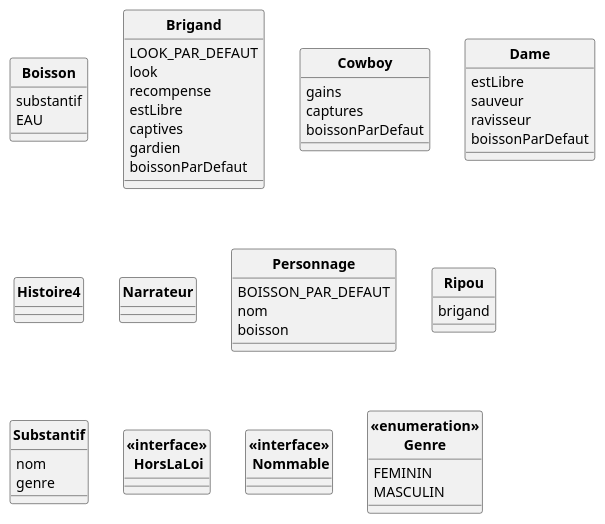
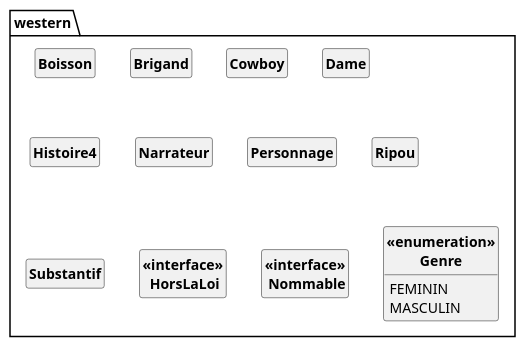
One commit to Lykomonix/API-JAVAtoPUML changed the diagram in javadoc.puml. Above: the diagram before and after it, drawn with PlantUML. The commit also changed 4 other files, not shown here.

```diff
--- a/javadoc.puml
+++ b/javadoc.puml
@@ -1,74 +1,37 @@
 @startuml
 
 skinparam style strictuml
 skinparam classAttributeIconSize 0
 skinparam classFontStyle Bold
+hide empty members
 
+Package "western" {
 class Boisson
-{
-substantif
-EAU
-}
 
 class Brigand
-{
-LOOK_PAR_DEFAUT
-look
-recompense
-estLibre
-captives
-gardien
-boissonParDefaut
-}
 
 class Cowboy
-{
-gains
-captures
-boissonParDefaut
-}
 
 class Dame
-{
-estLibre
-sauveur
-ravisseur
-boissonParDefaut
-}
 
 class Histoire4
-{
-}
 
 class Narrateur
-{
-}
 
 class Personnage
-{
-BOISSON_PAR_DEFAUT
-nom
-boisson
-}
 
 class Ripou
-{
-brigand
-}
 
 class Substantif
-{
-nom
-genre
-}
 
 class "<<interface>>\n HorsLaLoi"
 class "<<interface>>\n Nommable"
 class "<<enumeration>>\nGenre"
 {
 FEMININ
 MASCULIN
 }
 
+}
 
 @enduml
```
